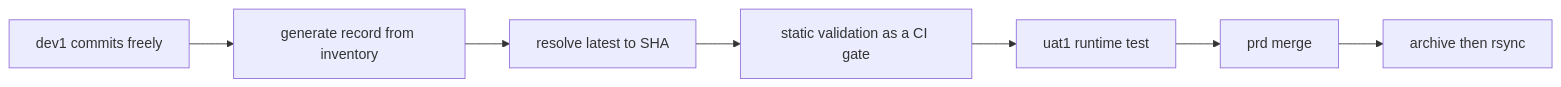
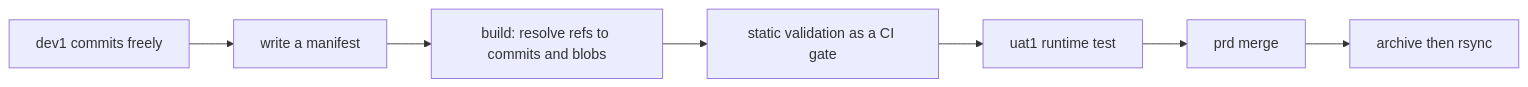
Before and after one commit to mpegg007/TermiteTowers: the diagram in docs/design/promotion-model.md, drawn with Mermaid. The commit also changed other lines of this file and 4 other files, not shown here.

Commit message:
promote: two artifacts only — manifest and record; inventory removed (D20)

````diff
--- a/docs/design/promotion-model.md
+++ b/docs/design/promotion-model.md
@@ -318,9 +291,9 @@
 ```mermaid
 flowchart LR
-  DEV[dev1 commits freely] --> GEN[generate record from inventory]
-  GEN --> PIN[resolve latest to SHA]
-  PIN --> GATE[static validation as a CI gate]
+  DEV[dev1 commits freely] --> MAN[write a manifest]
+  MAN --> GEN[build: resolve refs to commits and blobs]
+  GEN --> GATE[static validation as a CI gate]
   GATE --> UAT[uat1 runtime test]
   UAT --> PRD[prd merge]
   PRD --> ARCH[archive then rsync]
 ```
````
